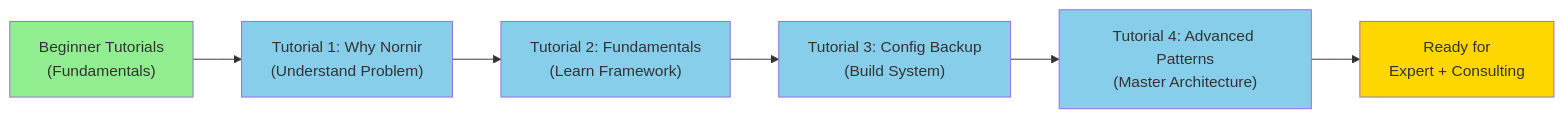
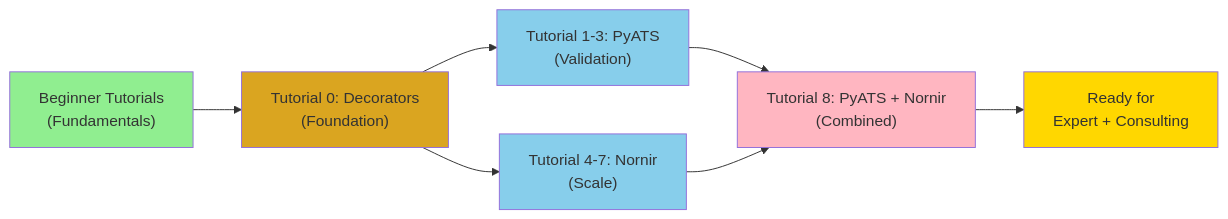
The diagram in docs/tutorials/intermediate/index.md (Nautomation-Prime/nautomation-prime.github.io), drawn with Mermaid before and after one commit. The commit also changed other lines of this file and 1 other file, not shown here.

````diff
--- a/docs/tutorials/intermediate/index.md
+++ b/docs/tutorials/intermediate/index.md
@@ -345,15 +397,16 @@
 ```mermaid
 graph LR
-    A["Beginner Tutorials<br>(Fundamentals)"] --> B["Tutorial 1: Why Nornir<br>(Understand Problem)"]
-    B --> C["Tutorial 2: Fundamentals<br>(Learn Framework)"]
-    C --> D["Tutorial 3: Config Backup<br>(Build System)"]
-    D --> E["Tutorial 4: Advanced Patterns<br>(Master Architecture)"]
+    A["Beginner Tutorials<br>(Fundamentals)"] --> B["Tutorial 0: Decorators<br>(Foundation)"]
+    B --> C["Tutorial 1-3: PyATS<br>(Validation)"]
+    B --> D["Tutorial 4-7: Nornir<br>(Scale)"]
+    C --> E["Tutorial 8: PyATS + Nornir<br>(Combined)"]
+    D --> E
     E --> F["Ready for<br>Expert + Consulting"]
     
     style A fill:#90EE90
-    style B fill:#87CEEB
+    style B fill:#DAA520
     style C fill:#87CEEB
     style D fill:#87CEEB
-    style E fill:#87CEEB
+    style E fill:#FFB6C1
     style F fill:#FFD700
 ```
````
